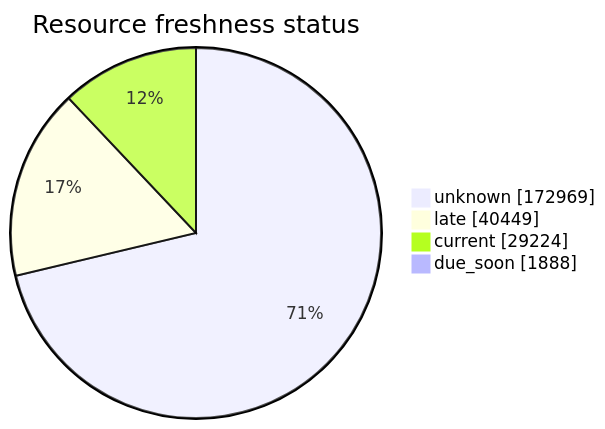
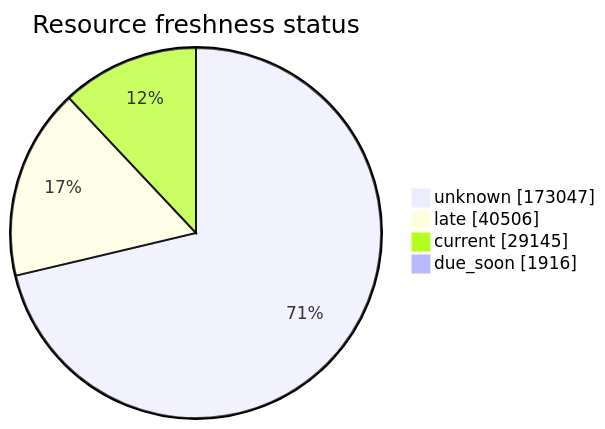
One commit to open-data/analytics-corporate-reporting changed the third of 5 diagrams in FreshCheck/README.md. Above: the diagram before and after it, drawn with Mermaid. The commit also changed other lines of this file and 3 other files, not shown here.

````diff
--- a/FreshCheck/README.md
+++ b/FreshCheck/README.md
@@ -78,7 +78,7 @@
 ```mermaid
 pie showData title Resource freshness status
-    "unknown": 172969
-    "late": 40449
-    "current": 29224
-    "due_soon": 1888
+    "unknown": 173047
+    "late": 40506
+    "current": 29145
+    "due_soon": 1916
 ```
````
